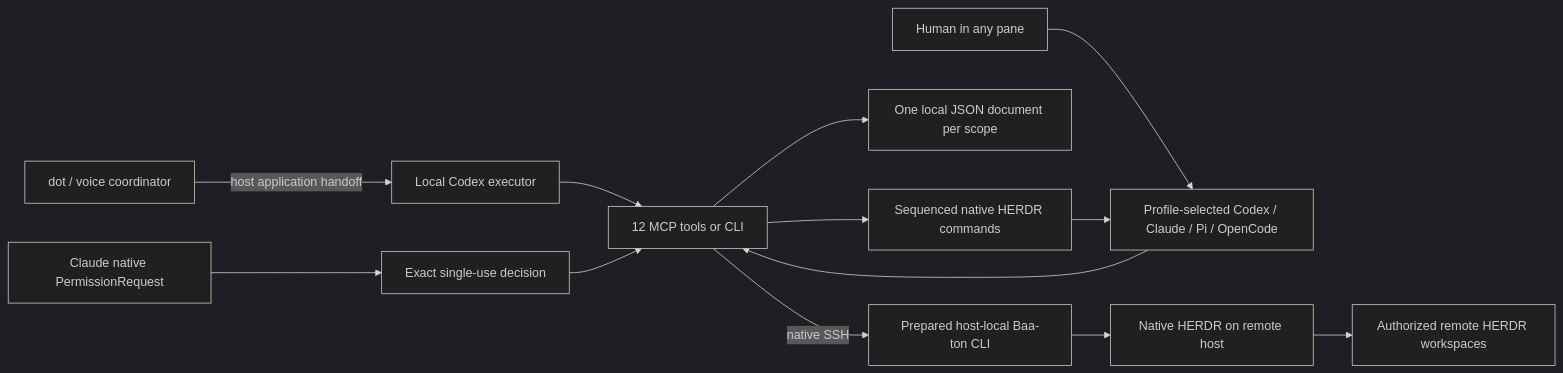
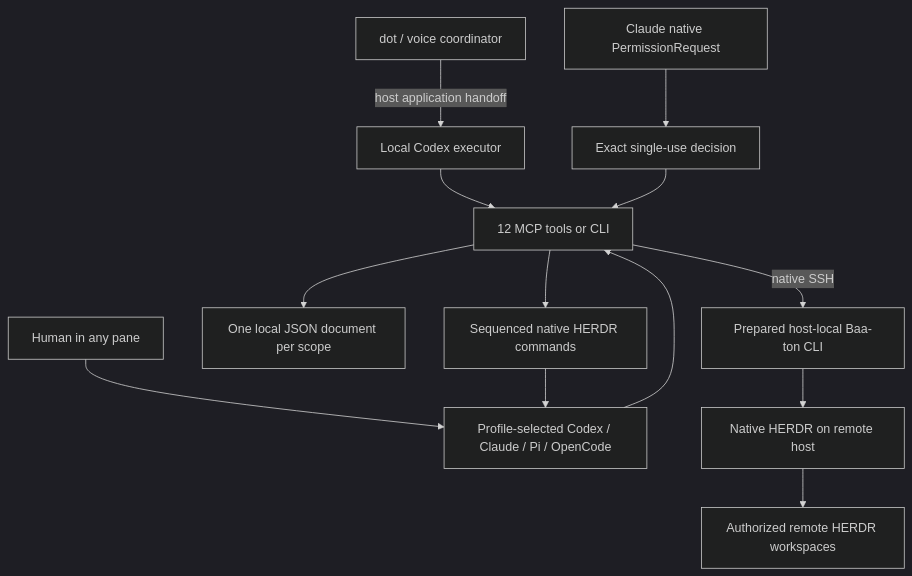
One commit to zachristmas/baa-ton changed the diagram in docs/ARCHITECTURE.md. Above: the diagram before and after it, drawn with Mermaid (dark theme). The commit also changed 1 other file, not shown here.

Commit message:
Make README flowchart readable on narrow screens

````diff
--- a/docs/ARCHITECTURE.md
+++ b/docs/ARCHITECTURE.md
@@ -3,15 +3,15 @@
 ```mermaid
-flowchart LR
+flowchart TB
   Dot[dot / voice coordinator] -->|host application handoff| Client[Local Codex executor]
   Human[Human in any pane] --> Workers
   Client --> Interface[12 MCP tools or CLI]
   Interface --> State[One local JSON document per scope]
   Interface --> Native[Sequenced native HERDR commands]
   Native --> Workers[Profile-selected Codex / Claude / Pi / OpenCode]
   Interface -->|native SSH| SSH[Prepared host-local Baa-ton CLI]
   SSH --> RemoteHERDR[Native HERDR on remote host]
   RemoteHERDR --> Fleet[Authorized remote HERDR workspaces]
   Workers --> Interface
   Permission[Claude native PermissionRequest] --> Exact[Exact single-use decision]
   Exact --> Interface
 ```
````
